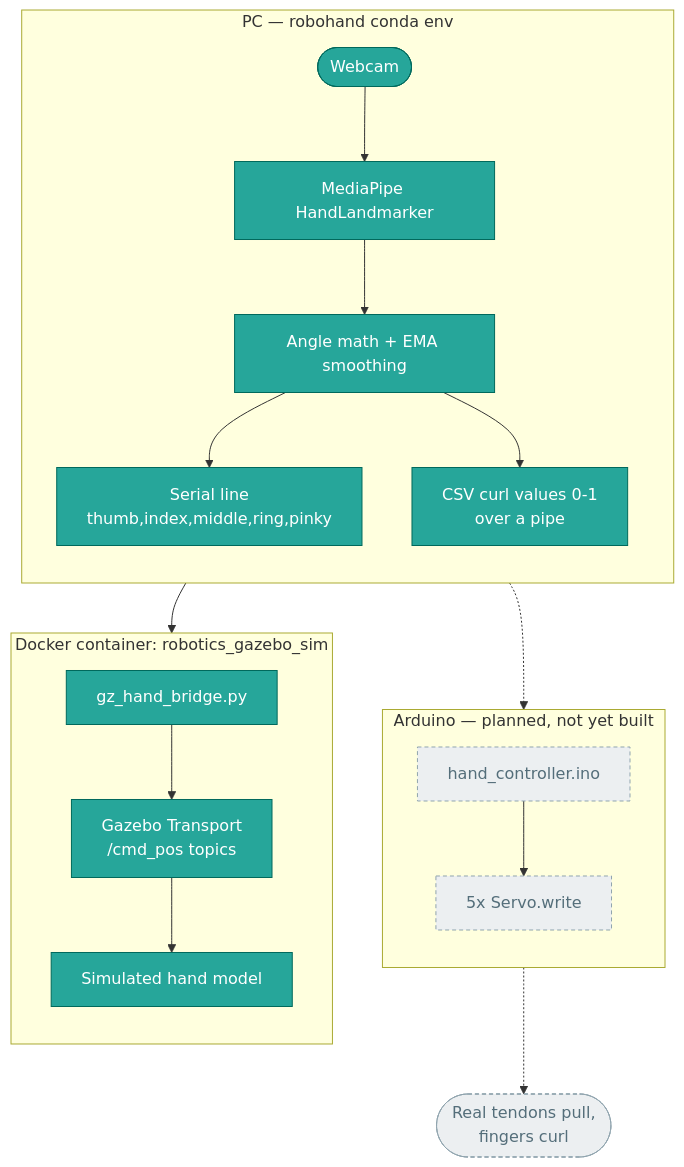
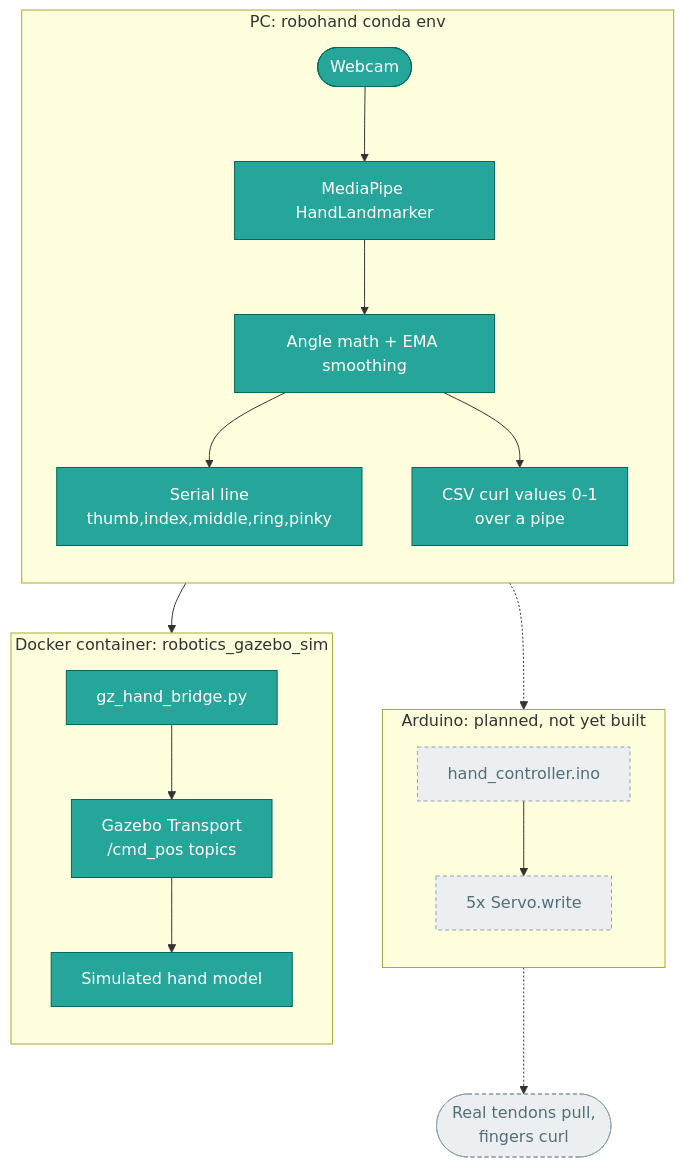
One commit to umersanii/Mimic-Docs changed the diagram in docs/architecture.md. Above: the diagram before and after it, drawn with Mermaid. The commit also changed other lines of this file and 14 other files, not shown here.

````diff
--- a/docs/architecture.md
+++ b/docs/architecture.md
@@ -6,30 +6,30 @@
 ```mermaid
 flowchart TD
-    subgraph PC["PC — robohand conda env"]
+    subgraph PC["PC: robohand conda env"]
         direction TB
         A([Webcam]) --> B[MediaPipe HandLandmarker]
         B --> C[Angle math + EMA smoothing]
         C --> D["Serial line\nthumb,index,middle,ring,pinky"]
         C --> E["CSV curl values 0-1\nover a pipe"]
     end
 
-    subgraph Ard["Arduino — planned, not yet built"]
+    subgraph Ard["Arduino: planned, not yet built"]
         direction TB
         F[hand_controller.ino] --> G[5x Servo.write]
     end
 
     subgraph Sim["Docker container: robotics_gazebo_sim"]
         direction TB
         H[gz_hand_bridge.py] --> I["Gazebo Transport\n/cmd_pos topics"]
         I --> J[Simulated hand model]
     end
 
     D -.-> F
     E --> H
     G -.-> K(["Real tendons pull,\nfingers curl"])
 
     classDef active fill:#26a69a,stroke:#00695c,color:#fff
     classDef planned fill:#eceff1,stroke:#90a4ae,stroke-dasharray:4 3,color:#546e7a
     class A,B,C,D,E,H,I,J active
     class F,G,K planned
 ```
````
